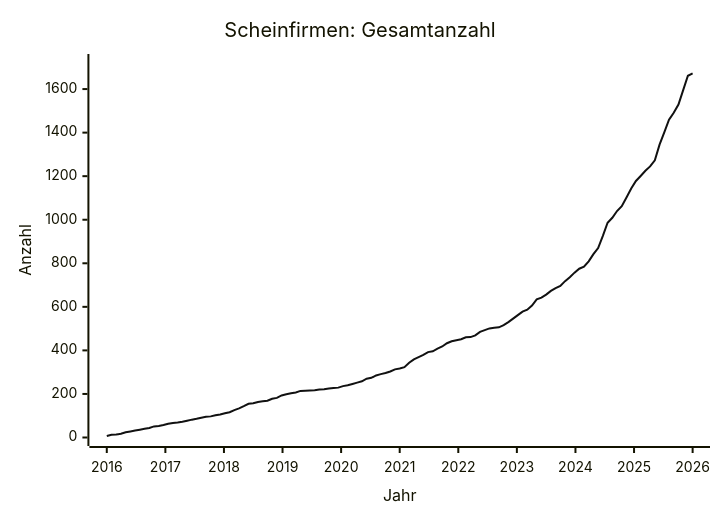
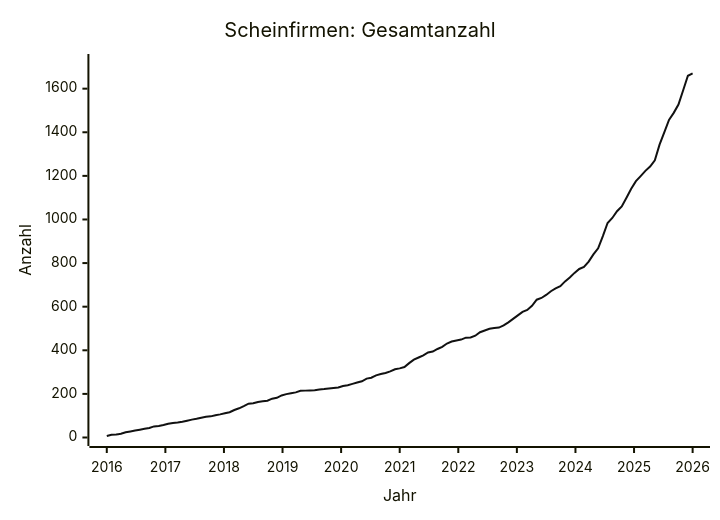
The diagram in data/STATS.md (arjoma/scheinfirmen-at), drawn with Mermaid before and after one commit. The commit also changed other lines of this file and 3 other files, not shown here.

````diff
--- a/data/STATS.md
+++ b/data/STATS.md
@@ -9,13 +9,13 @@
 ```mermaid
 ---
 config:
   themeVariables:
     xyChart:
       plotColorPalette: "#111111"
 ---
 xychart-beta
     title "Scheinfirmen: Gesamtanzahl"
     x-axis "Jahr" 2016 --> 2026
-    y-axis "Anzahl" 0 --> 1722
-    line [7, 13, 14, 17, 24, 28, 32, 36, 40, 44, 51, 53, 57, 63, 67, 69, 72, 77, 82, 86, 91, 95, 97, 102, 106, 111, 116, 126, 134, 144, 155, 157, 163, 166, 169, 178, 182, 193, 199, 203, 207, 214, 215, 216, 217, 220, 222, 225, 227, 229, 236, 240, 246, 252, 258, 270, 274, 285, 291, 296, 303, 313, 317, 323, 343, 359, 369, 379, 392, 396, 408, 418, 433, 442, 447, 451, 460, 461, 469, 485, 493, 501, 504, 506, 516, 530, 546, 562, 578, 587, 606, 634, 642, 656, 673, 686, 696, 718, 736, 757, 775, 784, 809, 842, 870, 926, 986, 1009, 1040, 1062, 1102, 1143, 1178, 1201, 1225, 1245, 1273, 1345, 1401, 1459, 1491, 1529, 1595, 1661, 1672]
+    y-axis "Anzahl" 0 --> 1720
+    line [7, 13, 14, 17, 24, 28, 32, 36, 40, 44, 51, 53, 57, 63, 67, 69, 72, 77, 82, 86, 91, 95, 97, 102, 106, 111, 116, 126, 134, 144, 155, 157, 163, 166, 169, 178, 182, 193, 199, 203, 207, 214, 215, 216, 217, 220, 222, 225, 227, 229, 236, 240, 246, 252, 258, 270, 274, 285, 291, 296, 303, 313, 317, 323, 341, 357, 367, 377, 390, 394, 406, 416, 431, 440, 445, 449, 458, 459, 467, 483, 491, 499, 502, 504, 514, 528, 544, 560, 576, 585, 604, 632, 640, 654, 671, 684, 694, 716, 734, 755, 773, 782, 807, 840, 868, 924, 984, 1007, 1038, 1060, 1100, 1141, 1176, 1199, 1223, 1243, 1271, 1343, 1399, 1457, 1489, 1527, 1593, 1659, 1670]
 ```
````
